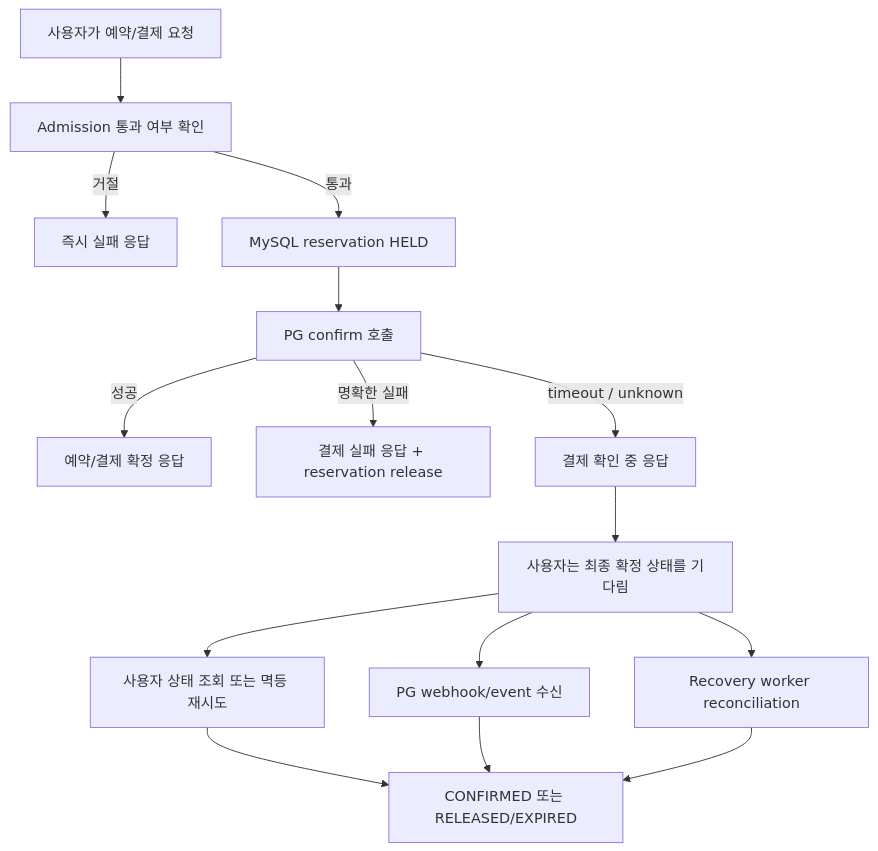
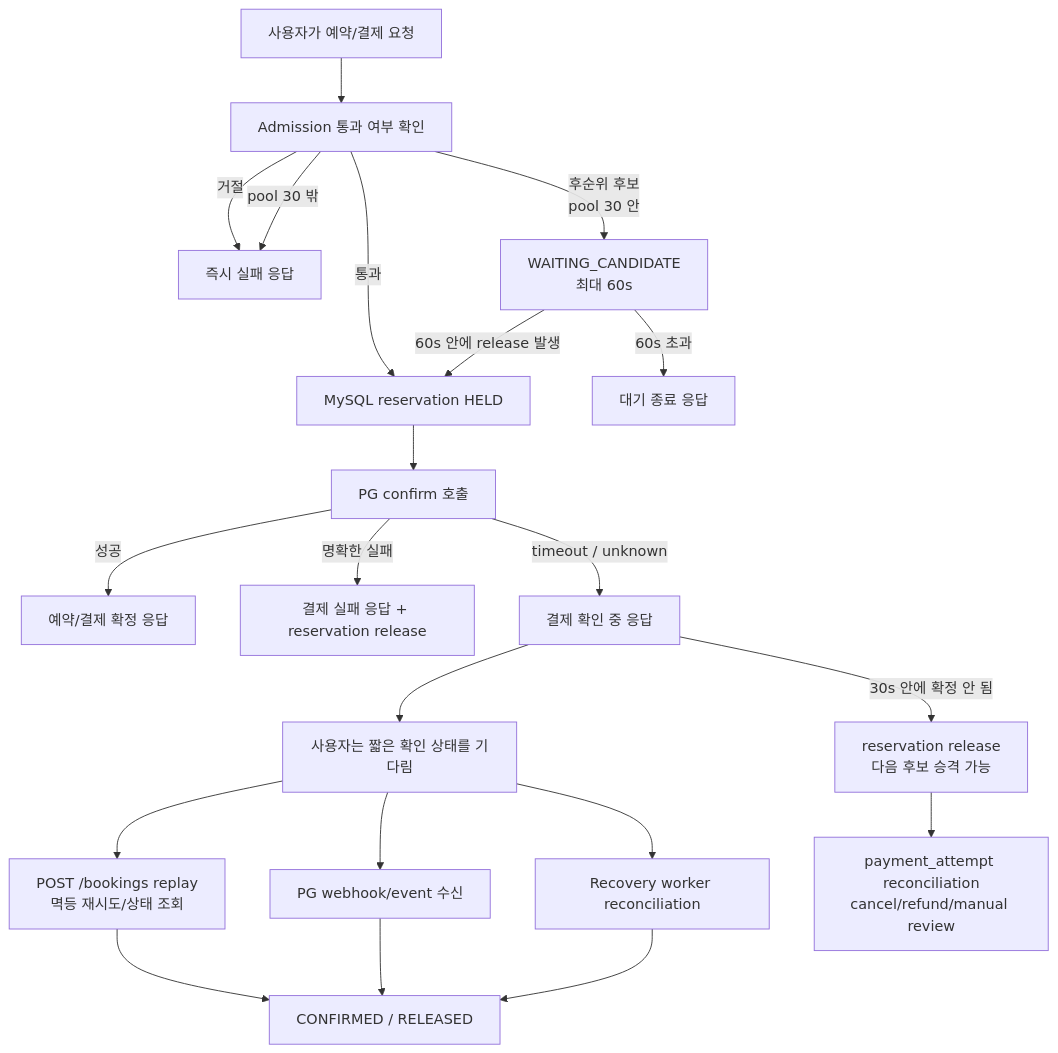
The second of 6 diagrams in docs/system-design/booking-user-flow-mermaid.md (lsh1215/peak-booking-system), drawn with Mermaid before and after one commit. The commit also changed other lines of this file and 7 other files, not shown here.

````diff
--- a/docs/system-design/booking-user-flow-mermaid.md
+++ b/docs/system-design/booking-user-flow-mermaid.md
@@ -62,17 +72,23 @@
 ```mermaid
 flowchart TD
     Start["사용자가 예약/결제 요청"] --> Admission["Admission 통과 여부 확인"]
     Admission -->|거절| Reject["즉시 실패 응답"]
     Admission -->|통과| Hold["MySQL reservation HELD"]
+    Admission -->|후순위 후보<br/>pool 30 안| Candidate["WAITING_CANDIDATE<br/>최대 60s"]
+    Admission -->|pool 30 밖| Reject
+    Candidate -->|60s 안에 release 발생| Hold
+    Candidate -->|60s 초과| WaitExpired["대기 종료 응답"]
     Hold --> Confirm["PG confirm 호출"]
     Confirm -->|성공| Success["예약/결제 확정 응답"]
     Confirm -->|명확한 실패| Fail["결제 실패 응답 + reservation release"]
     Confirm -->|timeout / unknown| Pending["결제 확인 중 응답"]
-    Pending --> Wait["사용자는 최종 확정 상태를 기다림"]
-    Wait --> UserRetry["사용자 상태 조회 또는 멱등 재시도"]
+    Pending --> Wait["사용자는 짧은 확인 상태를 기다림"]
+    Pending -->|30s 안에 확정 안 됨| Release["reservation release<br/>다음 후보 승격 가능"]
+    Wait --> UserRetry["POST /bookings replay<br/>멱등 재시도/상태 조회"]
     Wait --> Webhook["PG webhook/event 수신"]
     Wait --> Worker["Recovery worker reconciliation"]
-    UserRetry --> Final["CONFIRMED 또는 RELEASED/EXPIRED"]
+    UserRetry --> Final["CONFIRMED / RELEASED"]
     Webhook --> Final
     Worker --> Final
+    Release --> PayRecon["payment_attempt reconciliation<br/>cancel/refund/manual review"]
 ```
````
